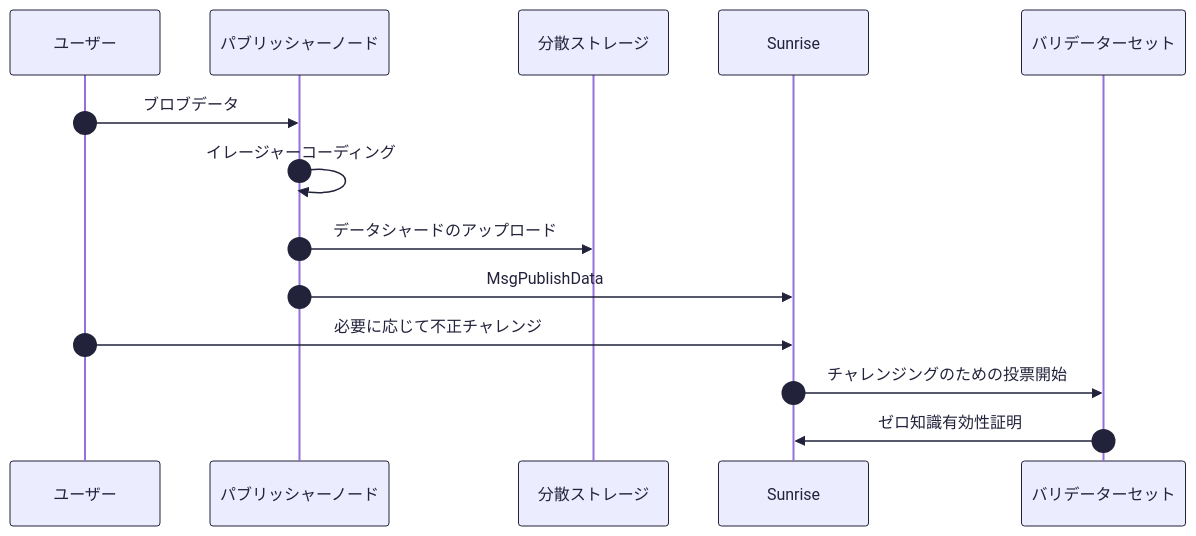
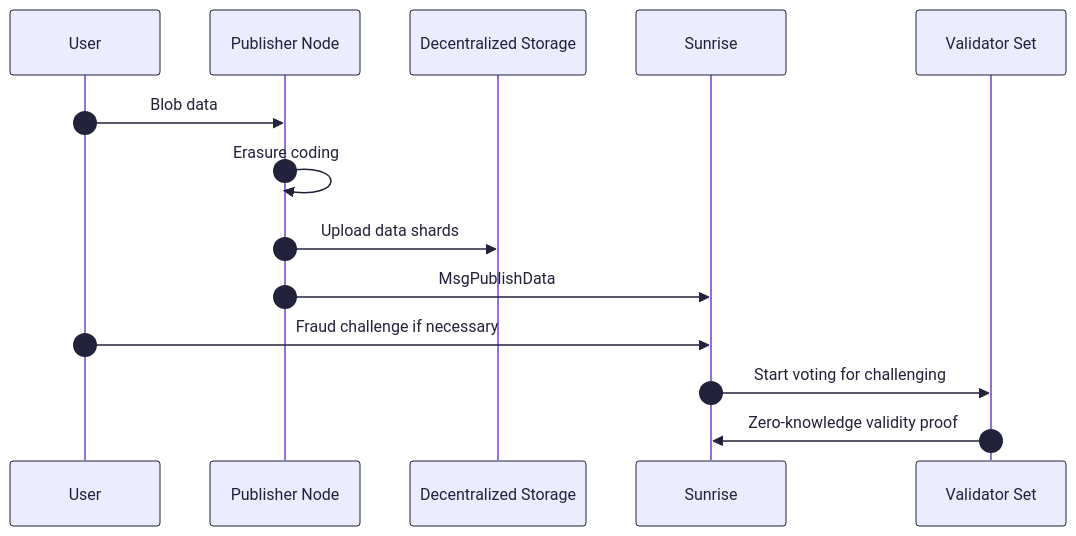
Before and after one commit to sunriselayer/gitbook: the second of 2 diagrams in ja/learn/sunrise/deprecated/data-availability-v2.md, drawn with Mermaid. The commit also changed other lines of this file and 19 other files, not shown here.

````diff
--- a/ja/learn/sunrise/deprecated/data-availability-v2.md
+++ b/ja/learn/sunrise/deprecated/data-availability-v2.md
@@ -118,23 +118,23 @@
 ```mermaid
 %%{init: {"theme": "default", "themeVariables": {
   "background": "transparent",
   "primaryColor": "#22223b",
   "primaryTextColor": "#22223b",
   "lineColor": "#22223b",
   "textColor": "#22223b",
   "actorBorder": "#22223b",
   "actorTextColor": "#22223b",
   "sequenceNumberColor": "#22223b",
   "messageTextColor": "#22223b",
   "signalColor": "#22223b"
 }}}%%
 sequenceDiagram
     autonumber
-    ユーザー->>パブリッシャーノード: ブロブデータ
-    パブリッシャーノード->>パブリッシャーノード: イレージャーコーディング
-    パブリッシャーノード->>分散ストレージ: データシャードのアップロード
-    パブリッシャーノード->>Sunrise: MsgPublishData
-    ユーザー->>Sunrise: 必要に応じて不正チャレンジ
-    Sunrise->>バリデーターセット: チャレンジングのための投票開始
-    バリデーターセット->>Sunrise: ゼロ知識有効性証明
+    User->>Publisher Node: Blob data
+    Publisher Node->>Publisher Node: Erasure coding
+    Publisher Node->>Decentralized Storage: Upload data shards
+    Publisher Node->>Sunrise: MsgPublishData
+    User->>Sunrise: Fraud challenge if necessary
+    Sunrise->>Validator Set: Start voting for challenging
+    Validator Set->>Sunrise: Zero-knowledge validity proof
 ```
````
